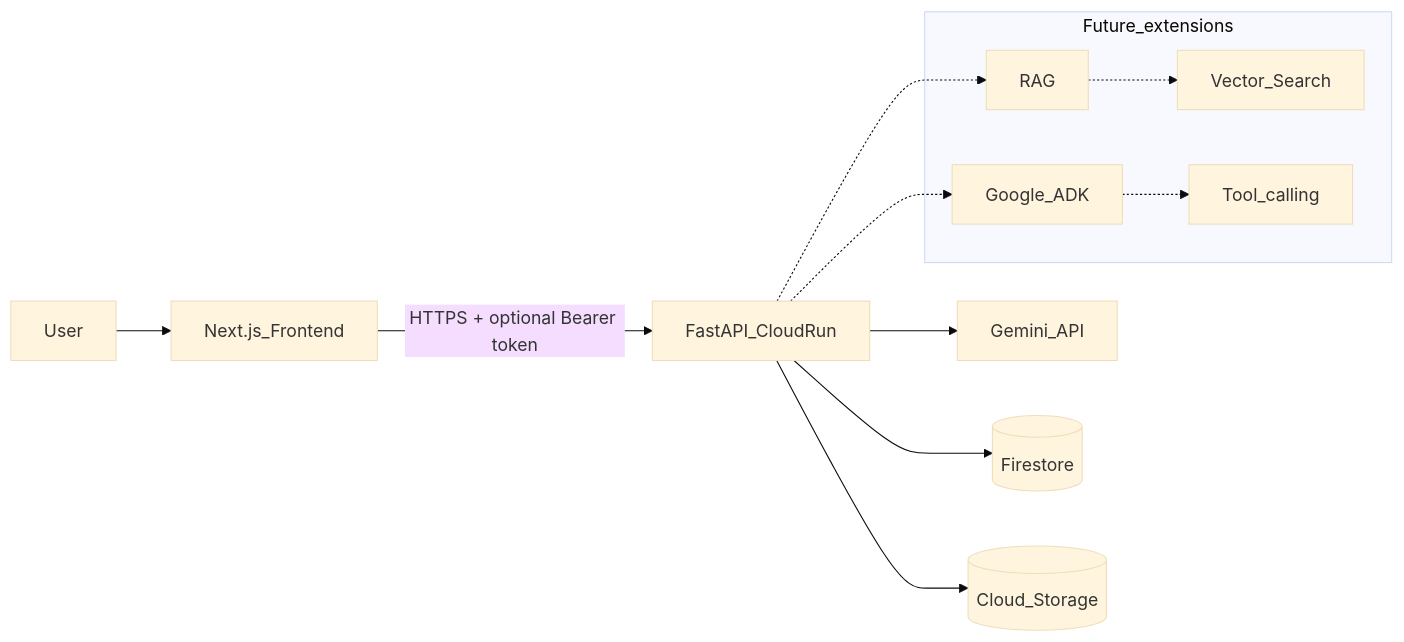
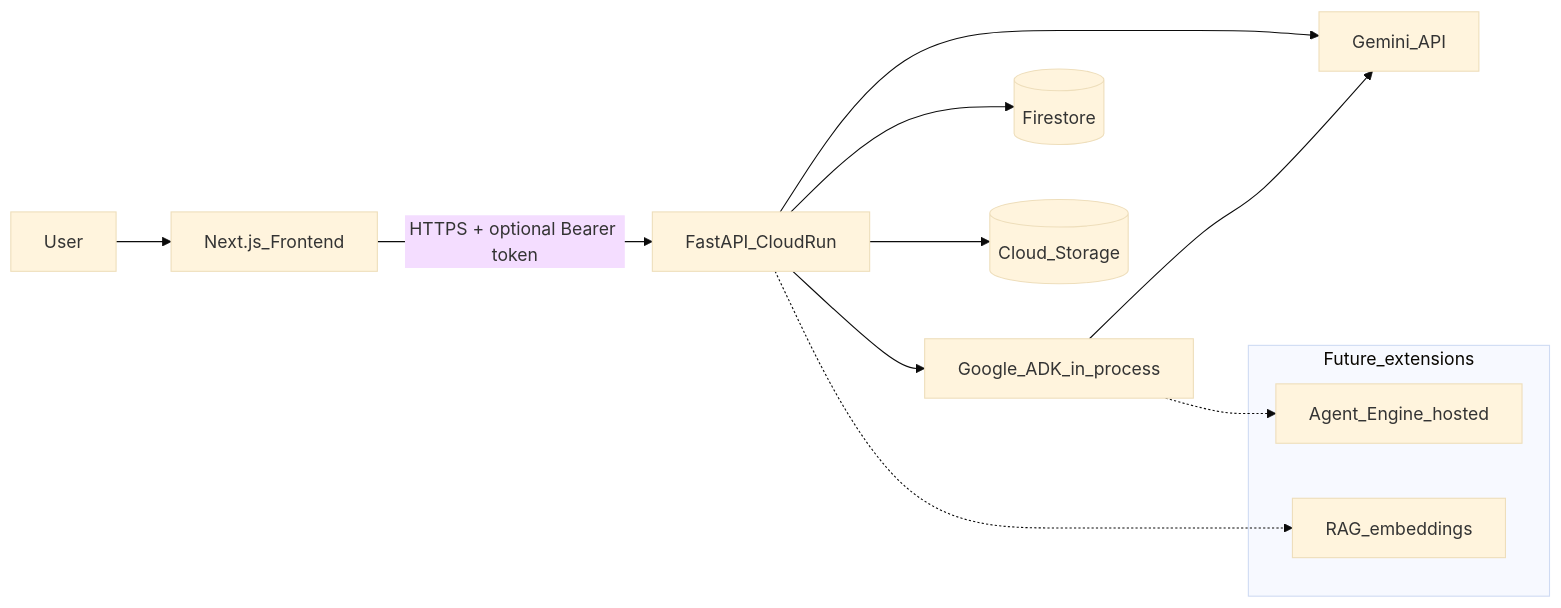
The diagram in docs/architecture.md (violinadoley/jivana-test), drawn with Mermaid (base theme) before and after one commit. The commit also changed other lines of this file and 8 other files, not shown here.

````diff
--- a/docs/architecture.md
+++ b/docs/architecture.md
@@ -11,27 +11,28 @@
 ```mermaid
 flowchart LR
   User[User]
   Next[Next.js_Frontend]
   API[FastAPI_CloudRun]
   Gemini[Gemini_API]
   FS[(Firestore)]
   GCS[(Cloud_Storage)]
 
   User --> Next
   Next -->|"HTTPS + optional Bearer token"| API
   API --> Gemini
   API --> FS
   API --> GCS
 
+  ADK[Google_ADK_in_process]
+
+  API --> ADK
+  ADK --> Gemini
+
   subgraph future [Future_extensions]
-    RAG[RAG]
-    VS[Vector_Search]
-    ADK[Google_ADK]
-    Tools[Tool_calling]
+    RAG[RAG_embeddings]
+    AE[Agent_Engine_hosted]
   end
 
   API -.-> RAG
-  RAG -.-> VS
-  API -.-> ADK
-  ADK -.-> Tools
+  ADK -.-> AE
 ```
````
